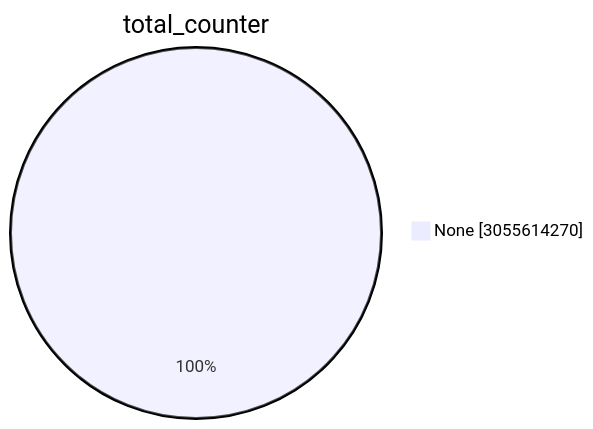
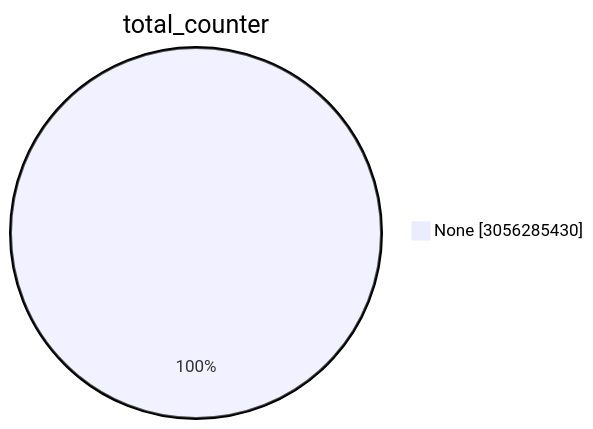
One commit to christiankrug/ctmonitor_visualization changed the first of 15 diagrams in TOTAL/README.md. Above: the diagram before and after it, drawn with Mermaid. The commit also changed other lines of this file, not shown here.

````diff
--- a/TOTAL/README.md
+++ b/TOTAL/README.md
@@ -1,5 +1,5 @@
 ```mermaid
 pie showData
 title total_counter
-"None" :3055614270
+"None" :3056285430
 ```
````
